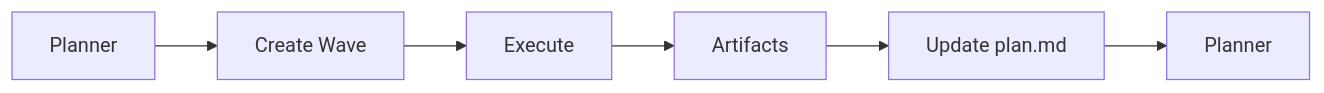
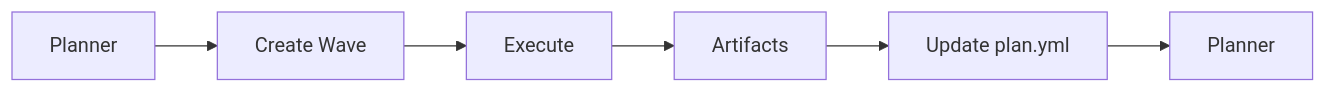
The seventh of 8 diagrams in README.md (010101mostafa/Waves-Compiler), drawn with Mermaid before and after one commit. The commit also changed other lines of this file, not shown here.

Commit message:
Rename plan.md to plan.yml in documentation

````diff
--- a/README.md
+++ b/README.md
@@ -286,25 +288,25 @@
 ```mermaid
 flowchart LR
 
 A[Planner]
 
 B[Create Wave]
 
 C[Execute]
 
 D[Artifacts]
 
-E[Update plan.md]
+E[Update plan.yml]
 
 F[Planner]
 
 A --> B
 
 B --> C
 
 C --> D
 
 D --> E
 
 E --> F
 ```
````
